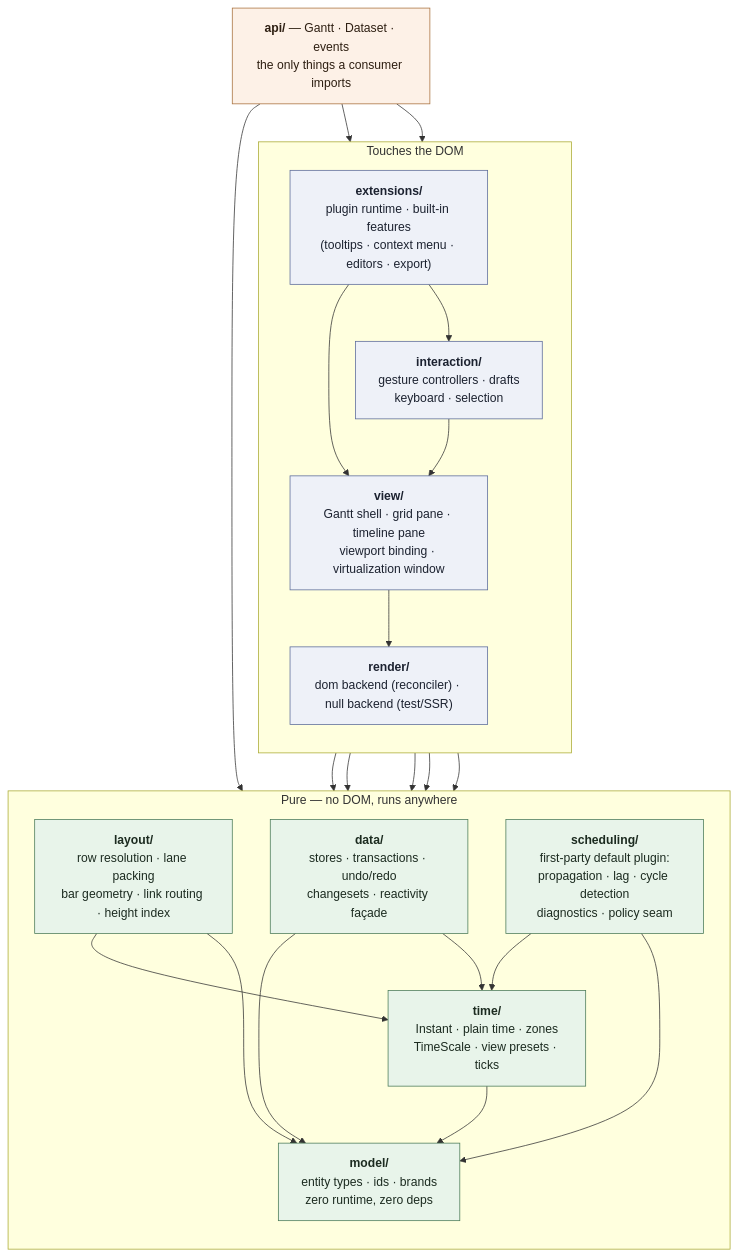
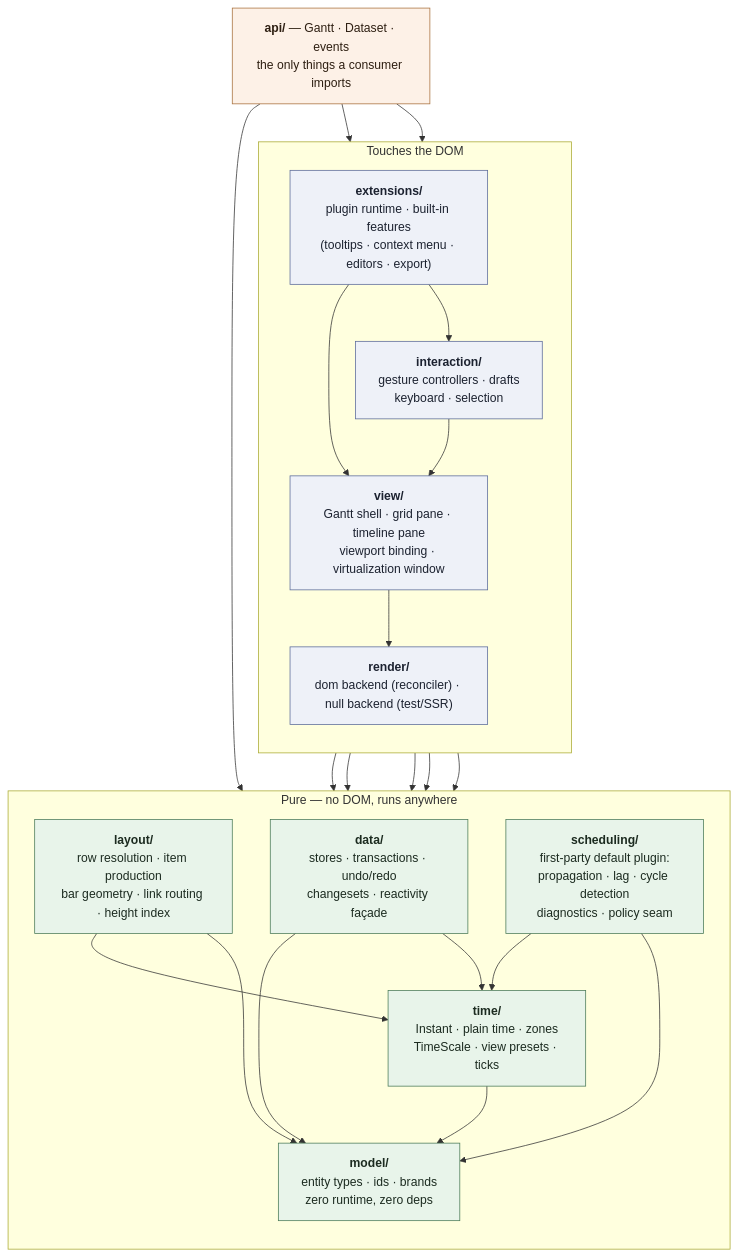
The first of 6 diagrams in plans/01-domain-architecture.md (freegantt/freegantt), drawn with Mermaid before and after one commit. The commit also changed other lines of this file and 51 other files, not shown here.

First line of the commit message:
fix(layout): retire heightMode: 'pack' and all lane-packing (#298) (#350)

````diff
--- a/plans/01-domain-architecture.md
+++ b/plans/01-domain-architecture.md
@@ -11,48 +11,48 @@
 ```mermaid
 flowchart TB
   subgraph domside["Touches the DOM"]
     direction TB
     EXT["<b>extensions/</b><br/>plugin runtime · built-in features<br/>(tooltips · context menu · editors · export)"]
     INT["<b>interaction/</b><br/>gesture controllers · drafts<br/>keyboard · selection"]
     VIEW["<b>view/</b><br/>Gantt shell · grid pane · timeline pane<br/>viewport binding · virtualization window"]
     REN["<b>render/</b><br/>dom backend (reconciler) · null backend (test/SSR)"]
   end
 
   subgraph pureside["Pure — no DOM, runs anywhere"]
     direction TB
-    LAY["<b>layout/</b><br/>row resolution · lane packing<br/>bar geometry · link routing · height index"]
+    LAY["<b>layout/</b><br/>row resolution · item production<br/>bar geometry · link routing · height index"]
     SCH["<b>scheduling/</b><br/>first-party default plugin:<br/>propagation · lag · cycle detection<br/>diagnostics · policy seam"]
     DATA["<b>data/</b><br/>stores · transactions · undo/redo<br/>changesets · reactivity façade"]
     TIME["<b>time/</b><br/>Instant · plain time · zones<br/>TimeScale · view presets · ticks"]
     MODEL["<b>model/</b><br/>entity types · ids · brands<br/>zero runtime, zero deps"]
   end
 
   API["<b>api/</b> — Gantt · Dataset · events<br/>the only things a consumer imports"]
 
   API --> VIEW
   API --> DATA
   API --> INT
   EXT --> VIEW
   EXT --> INT
   INT --> VIEW
   INT --> DATA
   INT --> MODEL
   VIEW --> REN
   VIEW --> LAY
   VIEW --> DATA
   REN --> LAY
   LAY --> TIME
   LAY --> MODEL
   DATA --> MODEL
   DATA --> TIME
   SCH --> TIME
   SCH --> MODEL
   TIME --> MODEL
 
   classDef pure fill:#e8f4ea,stroke:#4a7a58,color:#1c2b20
   classDef dom fill:#eef1f8,stroke:#5a6a9a,color:#1c2230
   classDef apic fill:#fdf1e7,stroke:#a8703c,color:#2e1f12
   class MODEL,TIME,DATA,SCH,LAY pure
   class EXT,INT,VIEW,REN dom
   class API apic
 ```
````
